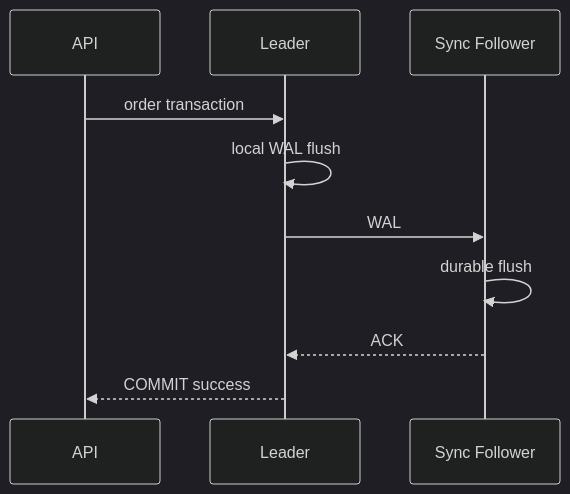
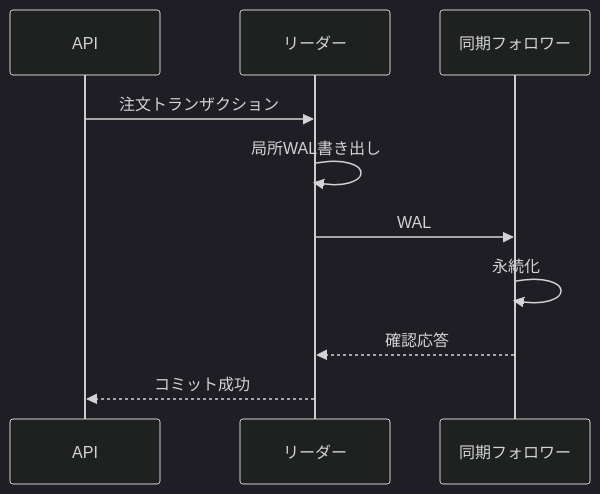
Before and after one commit to hirunebot/database-systems-book: the fifth of 8 diagrams in src/content/docs/06-operations/18-capstone.md, drawn with Mermaid (dark theme). The commit also changed other lines of this file and 42 other files, not shown here.

````diff
--- a/src/content/docs/06-operations/18-capstone.md
+++ b/src/content/docs/06-operations/18-capstone.md
@@ -343,12 +343,12 @@
 ```mermaid
 sequenceDiagram
     participant API
-    participant L as Leader
-    participant F as Sync Follower
-    API->>L: order transaction
-    L->>L: local WAL flush
+    participant L as リーダー
+    participant F as 同期フォロワー
+    API->>L: 注文トランザクション
+    L->>L: 局所WAL書き出し
     L->>F: WAL
-    F->>F: durable flush
-    F-->>L: ACK
-    L-->>API: COMMIT success
+    F->>F: 永続化
+    F-->>L: 確認応答
+    L-->>API: コミット成功
 ```
````
